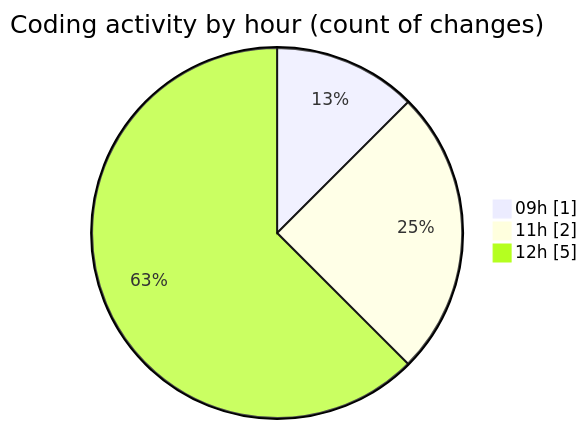
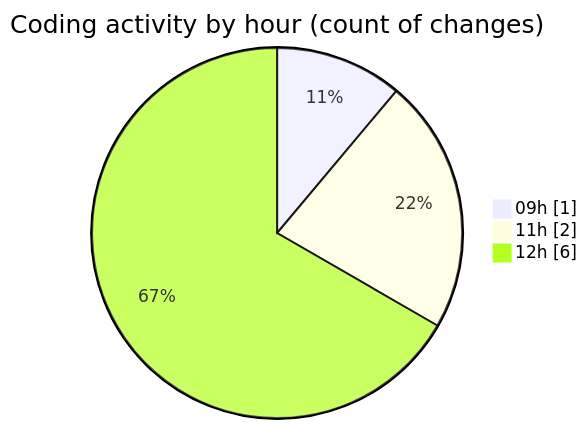
One commit to ricardozamudiocil/code-tracking changed the second of 2 diagrams in 2026-09-17/cilreports__workspace_/README.md. Above: the diagram before and after it, drawn with Mermaid. The commit also changed other lines of this file and 2 other files, not shown here.

````diff
--- a/2026-09-17/cilreports__workspace_/README.md
+++ b/2026-09-17/cilreports__workspace_/README.md
@@ -31,7 +33,7 @@
 ```mermaid
 pie showData
 title Coding activity by hour (count of changes)
 "09h" : 1
 "11h" : 2
-"12h" : 5
+"12h" : 6
 ```
````
